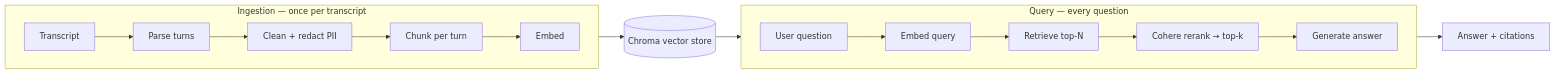
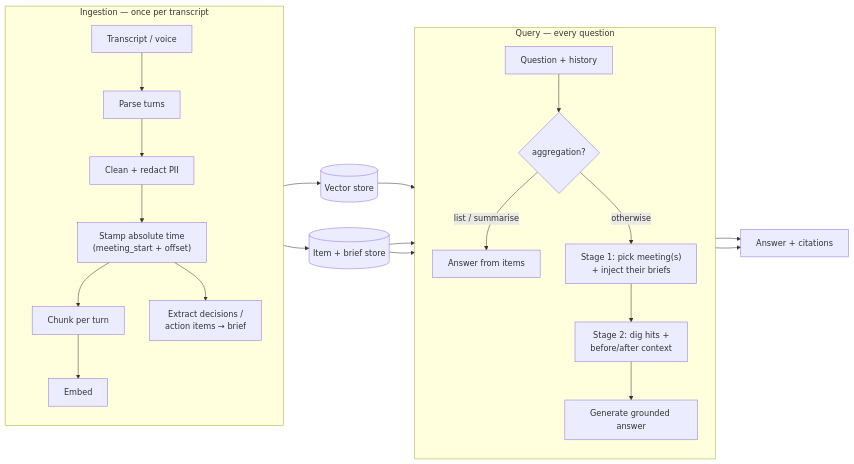
The first of 5 diagrams in meeting-intelligence/docs/architecture.md (Farzinkh/newpage_solutions), drawn with Mermaid before and after one commit. The commit also changed other lines of this file and 3 other files, not shown here.

First line of the commit message:
docs: bring architecture and READMEs up to date with current features

````diff
--- a/meeting-intelligence/docs/architecture.md
+++ b/meeting-intelligence/docs/architecture.md
@@ -18,17 +18,28 @@
 ```mermaid
 flowchart LR
     subgraph ingest["Ingestion — once per transcript"]
-        direction LR
-        T[Transcript] --> P[Parse turns] --> C[Clean + redact PII] --> K[Chunk per turn] --> E[Embed]
+        direction TB
+        T[Transcript / voice] --> P[Parse turns] --> C[Clean + redact PII]
+        C --> TS["Stamp absolute time<br/>(meeting_start + offset)"]
+        TS --> K[Chunk per turn] --> E[Embed]
+        TS --> X[Extract decisions /<br/>action items → brief]
     end
 
-    E --> VS[(Chroma vector store)]
+    E --> VS[(Vector store)]
+    X --> IS[(Item + brief store)]
 
     subgraph query["Query — every question"]
-        direction LR
-        Q[User question] --> EQ[Embed query] --> R[Retrieve top-N] --> RR["Cohere rerank → top-k"] --> G[Generate answer]
+        direction TB
+        Q[Question + history] --> RT{aggregation?}
+        RT -->|list / summarise| AG[Answer from items]
+        RT -->|otherwise| S1["Stage 1: pick meeting(s)<br/>+ inject their briefs"]
+        S1 --> S2[Stage 2: dig hits +<br/>before/after context]
+        S2 --> G[Generate grounded answer]
     end
 
-    VS --> R
-    G --> A[Answer + citations]
+    VS --> S1
+    IS --> AG
+    IS --> S1
+    AG --> A[Answer + citations]
+    G --> A
 ```
````
